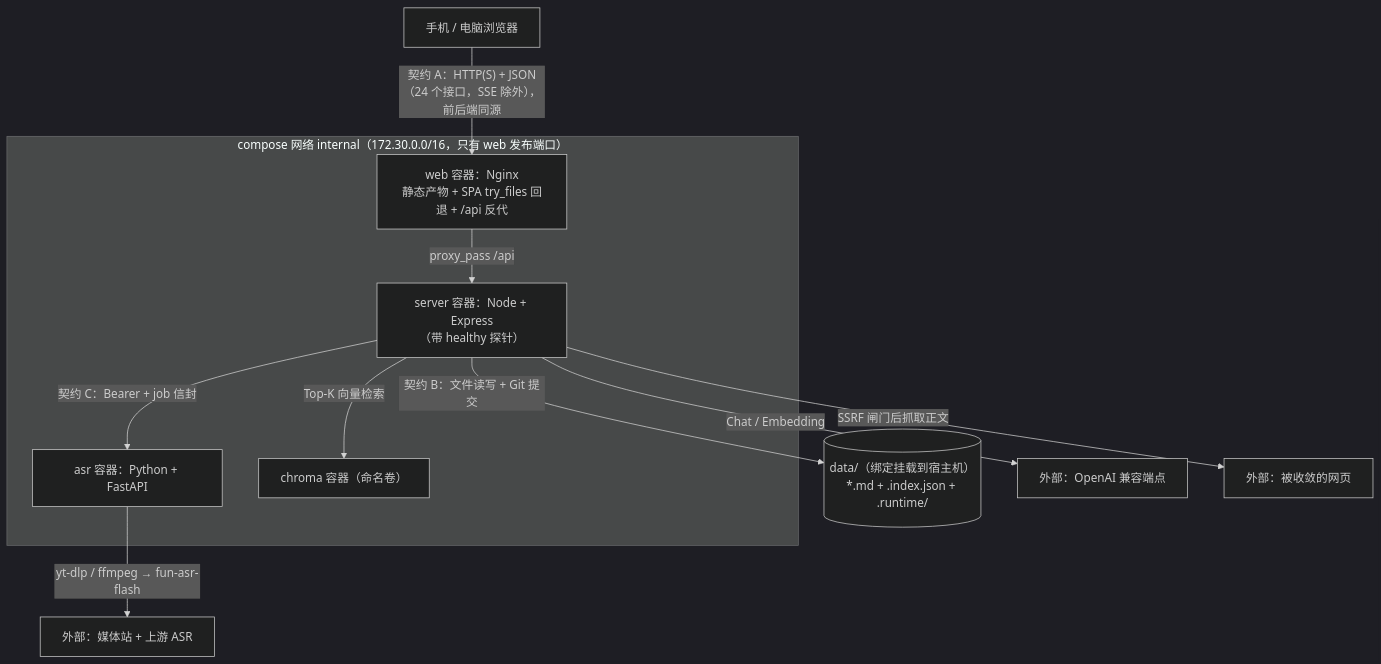
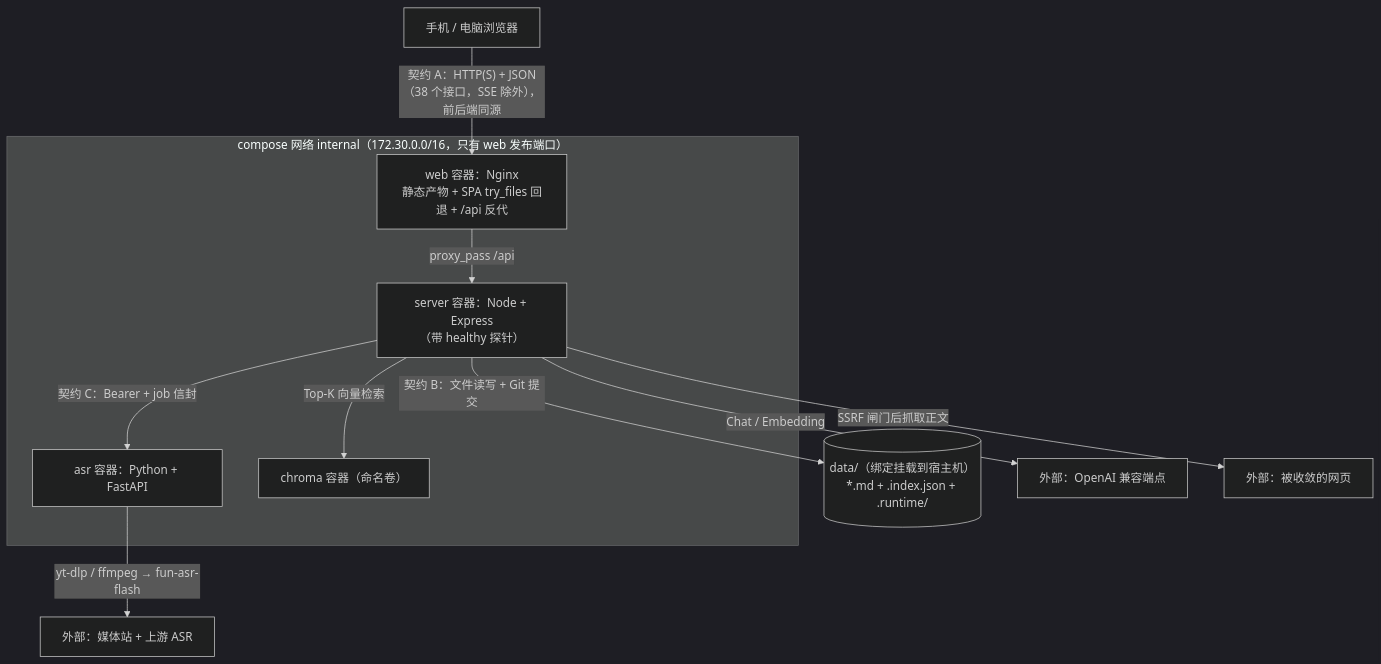
One commit to XingHo-VibeCoding/vbcd changed the seventh of 8 diagrams in TECH_DESIGN.md. Above: the diagram before and after it, drawn with Mermaid (dark theme). The commit also changed other lines of this file and 8 other files, not shown here.

````diff
--- a/TECH_DESIGN.md
+++ b/TECH_DESIGN.md
@@ -180,18 +181,18 @@
 ```mermaid
 flowchart TB
-    U["手机 / 电脑浏览器"] -->|"契约 A：HTTP(S) + JSON（24 个接口，SSE 除外），前后端同源"| W["web 容器：Nginx<br/>静态产物 + SPA try_files 回退 + /api 反代"]
+    U["手机 / 电脑浏览器"] -->|"契约 A：HTTP(S) + JSON（38 个接口，SSE 除外），前后端同源"| W["web 容器：Nginx<br/>静态产物 + SPA try_files 回退 + /api 反代"]
     W -->|"proxy_pass /api"| S["server 容器：Node + Express<br/>（带 healthy 探针）"]
     S -->|"契约 B：文件读写 + Git 提交"| D[("data/（绑定挂载到宿主机）<br/>*.md + .index.json + .runtime/")]
     S -->|"契约 C：Bearer + job 信封"| A["asr 容器：Python + FastAPI"]
     S -->|"Top-K 向量检索"| C["chroma 容器（命名卷）"]
     A -->|"yt-dlp / ffmpeg → fun-asr-flash"| X["外部：媒体站 + 上游 ASR"]
     S -->|"Chat / Embedding"| L["外部：OpenAI 兼容端点"]
     S -->|"SSRF 闸门后抓取正文"| N["外部：被收敛的网页"]
 
     subgraph NET["compose 网络 internal（172.30.0.0/16，只有 web 发布端口）"]
         W
         S
         A
         C
     end
 ```
````
